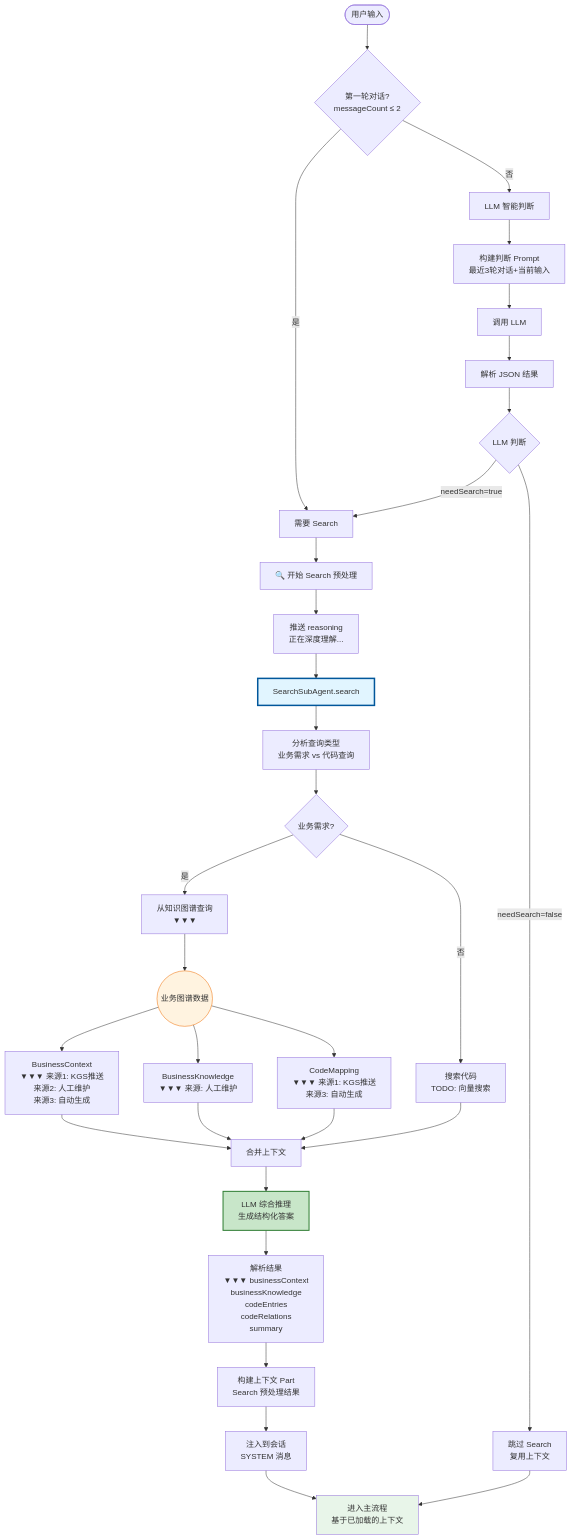
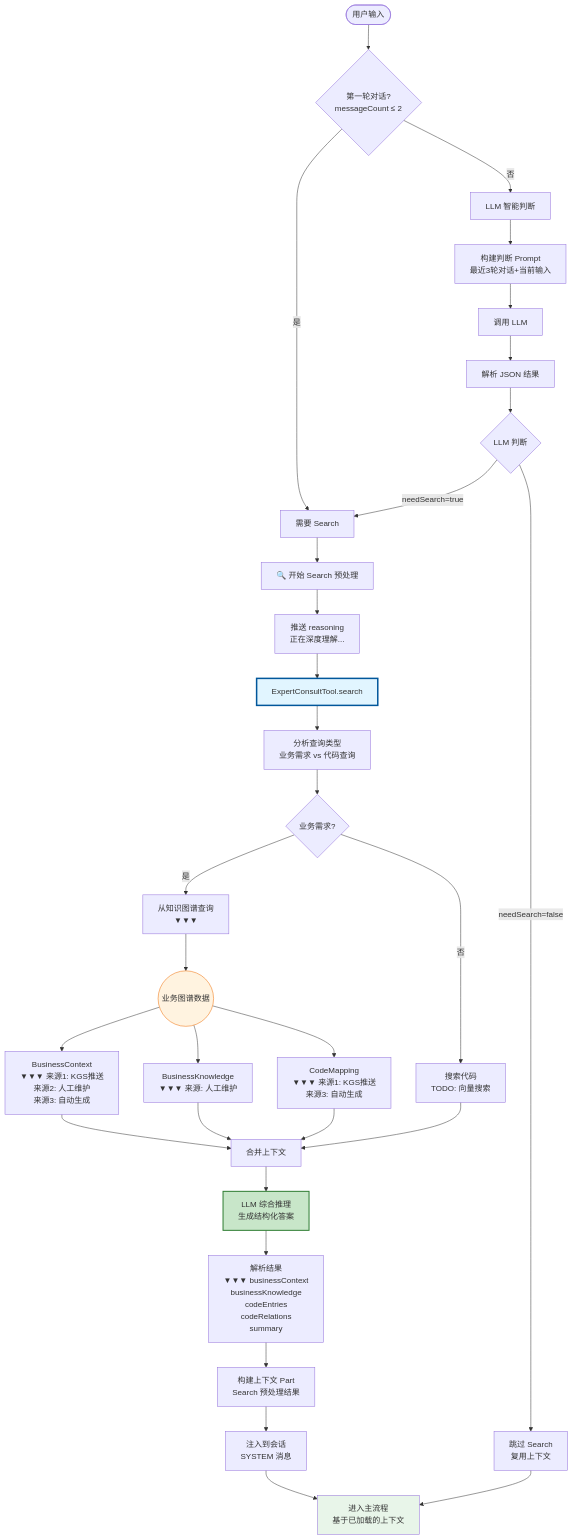
The third of 6 diagrams in docs/architecture-flow.md (smancode/sman), drawn with Mermaid before and after one commit. The commit also changed other lines of this file and 18 other files, not shown here.

````diff
--- a/docs/architecture-flow.md
+++ b/docs/architecture-flow.md
@@ -117,54 +117,54 @@
 ```mermaid
 flowchart TD
     Start([用户输入]) --> FirstRound{第一轮对话?<br/>messageCount ≤ 2}
 
     FirstRound -->|是| NeedSearch[需要 Search]
     FirstRound -->|否| LLMJudge[LLM 智能判断]
 
     LLMJudge --> BuildPrompt[构建判断 Prompt<br/>最近3轮对话+当前输入]
     BuildPrompt --> CallLLM[调用 LLM]
     CallLLM --> ParseResult[解析 JSON 结果]
 
     ParseResult --> CheckDecision{LLM 判断}
     CheckDecision -->|needSearch=true| NeedSearch
     CheckDecision -->|needSearch=false| SkipSearch[跳过 Search<br/>复用上下文]
 
     NeedSearch --> SearchStart[🔍 开始 Search 预处理]
 
     SearchStart --> PushReasoning[推送 reasoning<br/>正在深度理解...]
 
-    PushReasoning --> SearchAgent[SearchSubAgent.search]
+    PushReasoning --> ExpertConsultAgent[ExpertConsultTool.search]
 
-    SearchAgent --> AnalyzeQuery[分析查询类型<br/>业务需求 vs 代码查询]
+    ExpertConsultAgent --> AnalyzeQuery[分析查询类型<br/>业务需求 vs 代码查询]
 
     AnalyzeQuery --> BizCheck{业务需求?}
     BizCheck -->|是| GetKG[从知识图谱查询<br/>▼▼▼]
     BizCheck -->|否| GetCode[搜索代码<br/>TODO: 向量搜索]
 
     GetKG --> KGData((业务图谱数据))
     KGData --> BGC["BusinessContext<br/>▼▼▼ 来源1: KGS推送<br/>来源2: 人工维护<br/>来源3: 自动生成"]
     KGData --> BGK["BusinessKnowledge<br/>▼▼▼ 来源: 人工维护"]
     KGData --> CM["CodeMapping<br/>▼▼▼ 来源1: KGS推送<br/>来源3: 自动生成"]
 
     BGC --> MergeCtx[合并上下文]
     BGK --> MergeCtx
     CM --> MergeCtx
 
     GetCode --> MergeCtx
     MergeCtx --> LLMReason[LLM 综合推理<br/>生成结构化答案]
 
     LLMReason --> ParseResult2[解析结果<br/>▼▼▼ businessContext<br/>businessKnowledge<br/>codeEntries<br/>codeRelations<br/>summary]
 
     ParseResult2 --> BuildPart[构建上下文 Part<br/>Search 预处理结果]
 
     BuildPart --> InjectToSession[注入到会话<br/>SYSTEM 消息]
 
     InjectToSession --> MainFlow[进入主流程<br/>基于已加载的上下文]
 
     SkipSearch --> MainFlow
 
-    style SearchAgent fill:#e1f5ff,stroke:#01579b,stroke-width:3px
+    style ExpertConsultAgent fill:#e1f5ff,stroke:#01579b,stroke-width:3px
     style LLMReason fill:#c8e6c9,stroke:#2e7d32,stroke-width:2px
     style KGData fill:#fff3e0,stroke:#ef6c00
     style MainFlow fill:#e8f5e9
 ```
````
